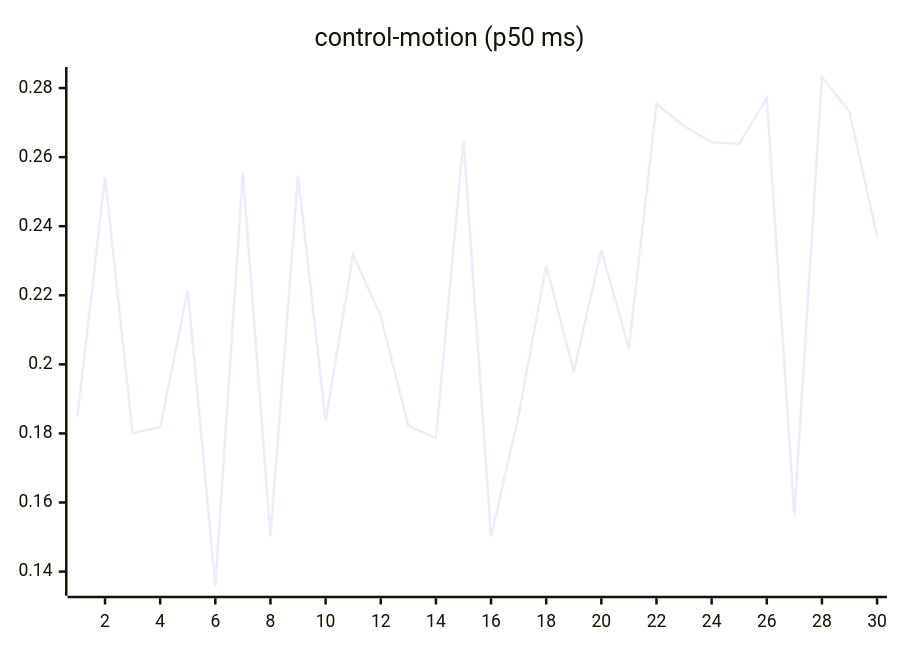
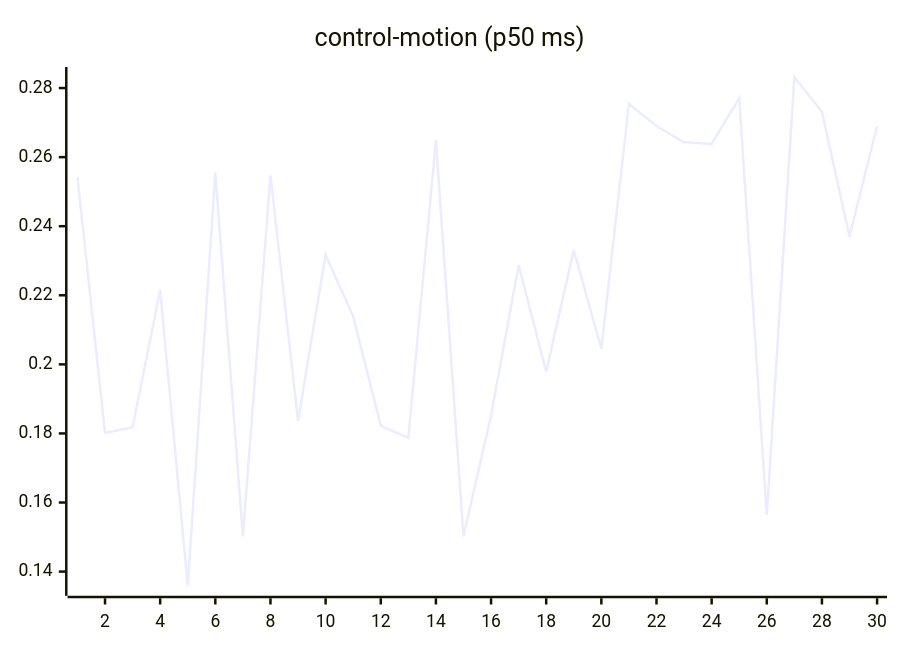
One commit to josha/Facet changed the seventh of 27 diagrams in README.md. Above: the diagram before and after it, drawn with Mermaid. The commit also changed other lines of this file and 2 other files, not shown here.

````diff
--- a/README.md
+++ b/README.md
@@ -105,6 +105,6 @@
 ```mermaid
 xychart-beta
     title "control-motion (p50 ms)"
     x-axis 1 --> 30
-    line [0.1849, 0.2542, 0.1801, 0.1818, 0.2215, 0.1359, 0.2555, 0.1502, 0.2547, 0.1836, 0.2317, 0.2139, 0.1822, 0.1787, 0.2649, 0.1502, 0.1852, 0.2287, 0.1979, 0.2331, 0.2045, 0.2754, 0.2690, 0.2643, 0.2638, 0.2771, 0.1563, 0.2832, 0.2731, 0.2370]
+    line [0.2542, 0.1801, 0.1818, 0.2215, 0.1359, 0.2555, 0.1502, 0.2547, 0.1836, 0.2317, 0.2139, 0.1822, 0.1787, 0.2649, 0.1502, 0.1852, 0.2287, 0.1979, 0.2331, 0.2045, 0.2754, 0.2690, 0.2643, 0.2638, 0.2771, 0.1563, 0.2832, 0.2731, 0.2370, 0.2690]
 ```
````
